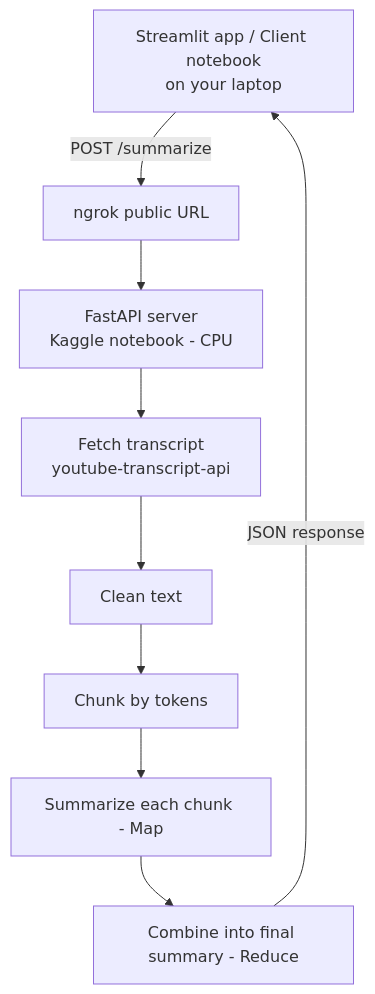
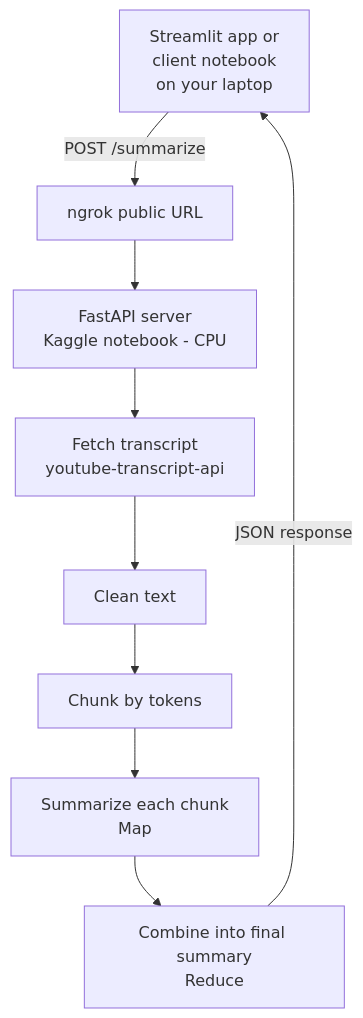
The diagram in README.md (Abdelrahman-Galal-00/youtube-video-summarizer), drawn with Mermaid before and after one commit.

Commit message:
Clarify flowchart labels in README.md

````diff
--- a/README.md
+++ b/README.md
@@ -7,11 +7,11 @@
 ```mermaid
 flowchart TD
-    A[Streamlit app / Client notebook<br/>on your laptop] -- POST /summarize --> B[ngrok public URL]
+    A[Streamlit app or<br/>client notebook<br/>on your laptop] -- POST /summarize --> B[ngrok public URL]
     B --> C[FastAPI server<br/>Kaggle notebook - CPU]
     C --> D[Fetch transcript<br/>youtube-transcript-api]
     D --> E[Clean text]
     E --> F[Chunk by tokens]
-    F --> G[Summarize each chunk - Map]
-    G --> H[Combine into final summary - Reduce]
+    F --> G[Summarize each chunk<br/>Map]
+    G --> H[Combine into final summary<br/>Reduce]
     H -- JSON response --> A
 ```
````
